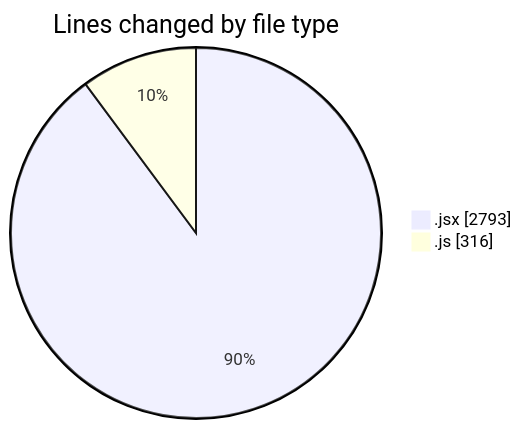
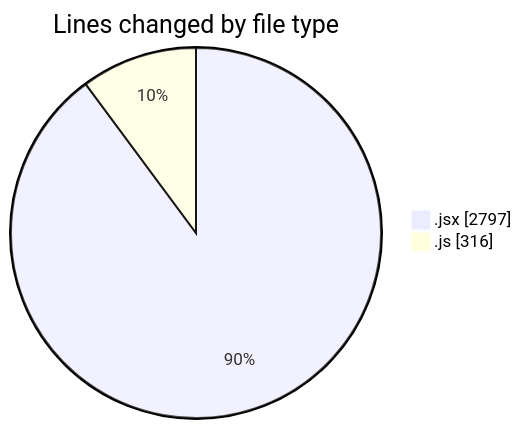
The first of 2 diagrams in 2025-07-10/argos/README.md (nxtqubesakshisongat/code-tracking), drawn with Mermaid before and after one commit. The commit also changed other lines of this file and 1 other file, not shown here.

````diff
--- a/2025-07-10/argos/README.md
+++ b/2025-07-10/argos/README.md
@@ -25,6 +25,6 @@
 ```mermaid
 pie showData
 title Lines changed by file type
-".jsx" : 2793
+".jsx" : 2797
 ".js" : 316
 ```
````
